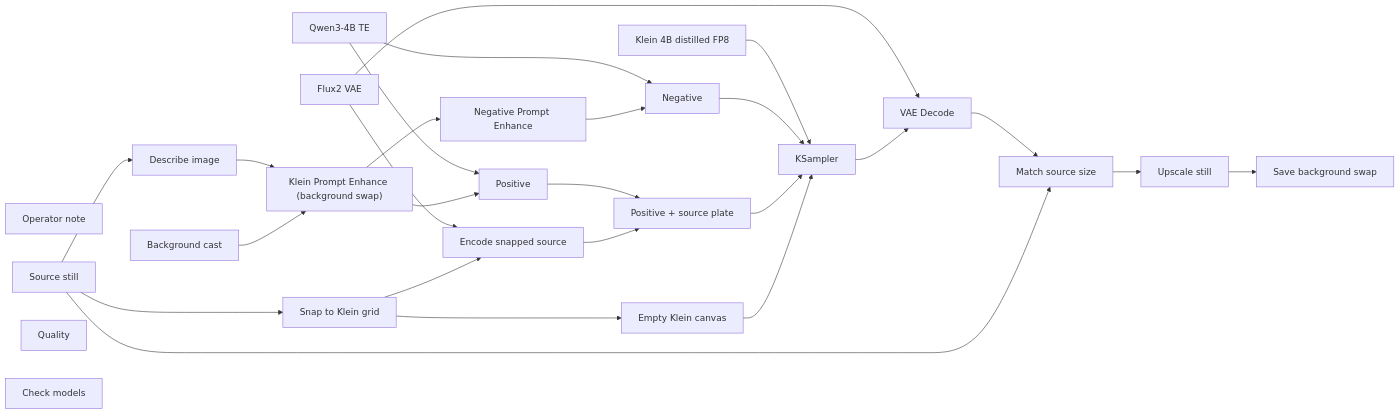
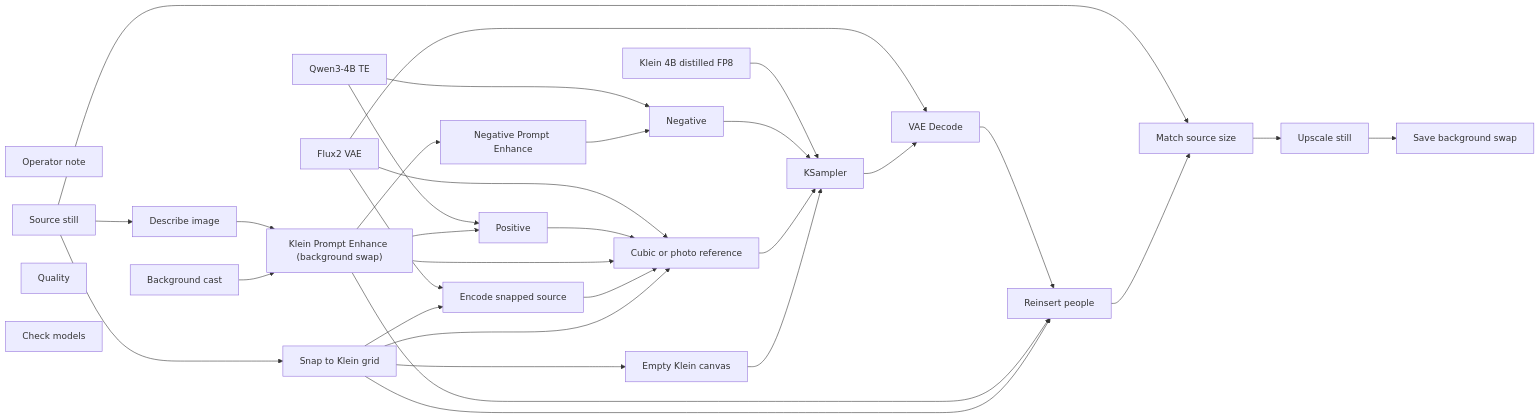
One commit to toxicoder/ez-comfy-stack changed the diagram in docs/generated/workflows/stills/background-swap.md. Above: the diagram before and after it, drawn with Mermaid. The commit also changed other lines of this file and 22 other files, not shown here.

First line of the commit message:
fix: rebuild cubic block world and paste the people

````diff
--- a/docs/generated/workflows/stills/background-swap.md
+++ b/docs/generated/workflows/stills/background-swap.md
@@ -53,49 +54,56 @@
 ```mermaid
 flowchart LR
   N1["Klein 4B distilled FP8"]
   N2["Qwen3-4B TE"]
   N3["Flux2 VAE"]
   N4["Positive"]
   N5["Negative"]
   N7["KSampler"]
   N8["VAE Decode"]
   N9["Save background swap"]
   N10["Operator note"]
   N11["Source still"]
   N12["Klein Prompt Enhance (background swap)"]
   N13["Negative Prompt Enhance"]
   N14["Quality"]
   N18["Upscale still"]
   N19["Describe image"]
   N20["Encode snapped source"]
-  N21["Positive + source plate"]
+  N21["Cubic or photo reference"]
   N22["Snap to Klein grid"]
   N23["Match source size"]
   N24["Background cast"]
   N25["Check models"]
   N26["Empty Klein canvas"]
+  N27["Reinsert people"]
   N1 --> N7
   N2 --> N4
   N2 --> N5
   N3 --> N8
   N3 --> N20
+  N3 --> N21
   N4 --> N21
   N5 --> N7
   N7 --> N8
-  N8 --> N23
+  N8 --> N27
   N11 --> N22
   N11 --> N23
   N11 --> N19
   N12 --> N4
   N12 --> N13
+  N12 --> N21
+  N12 --> N27
   N13 --> N5
+  N18 --> N9
   N19 --> N12
   N20 --> N21
   N21 --> N7
   N22 --> N20
   N22 --> N26
+  N22 --> N21
+  N22 --> N27
   N23 --> N18
-  N18 --> N9
   N24 --> N12
   N26 --> N7
+  N27 --> N23
 ```
````
